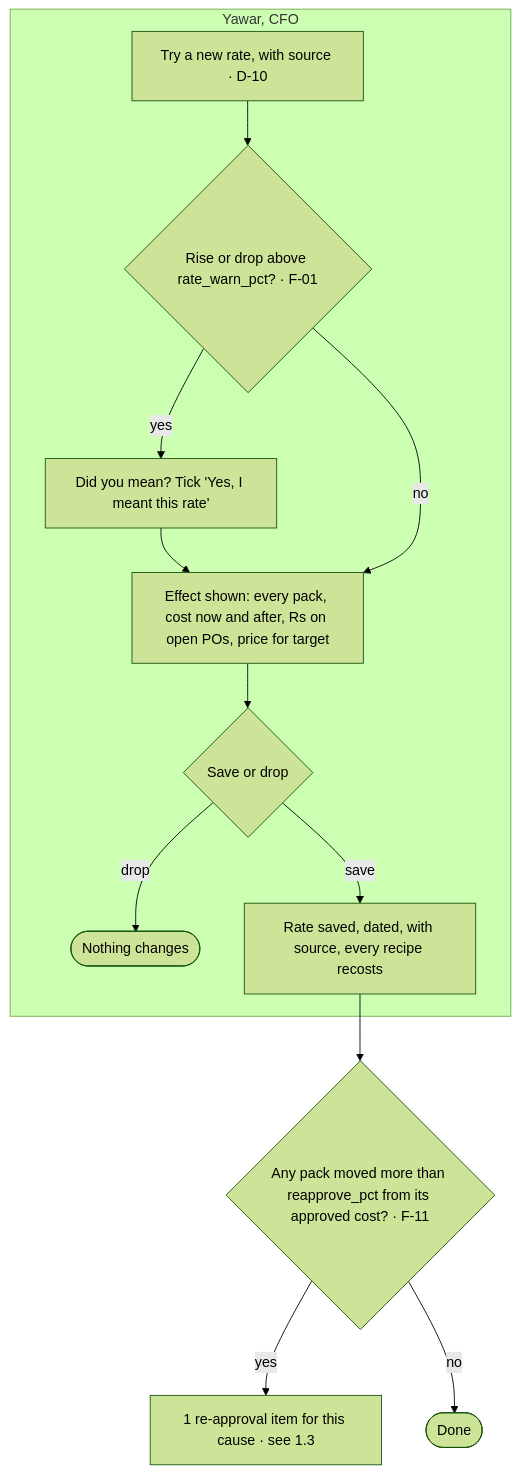
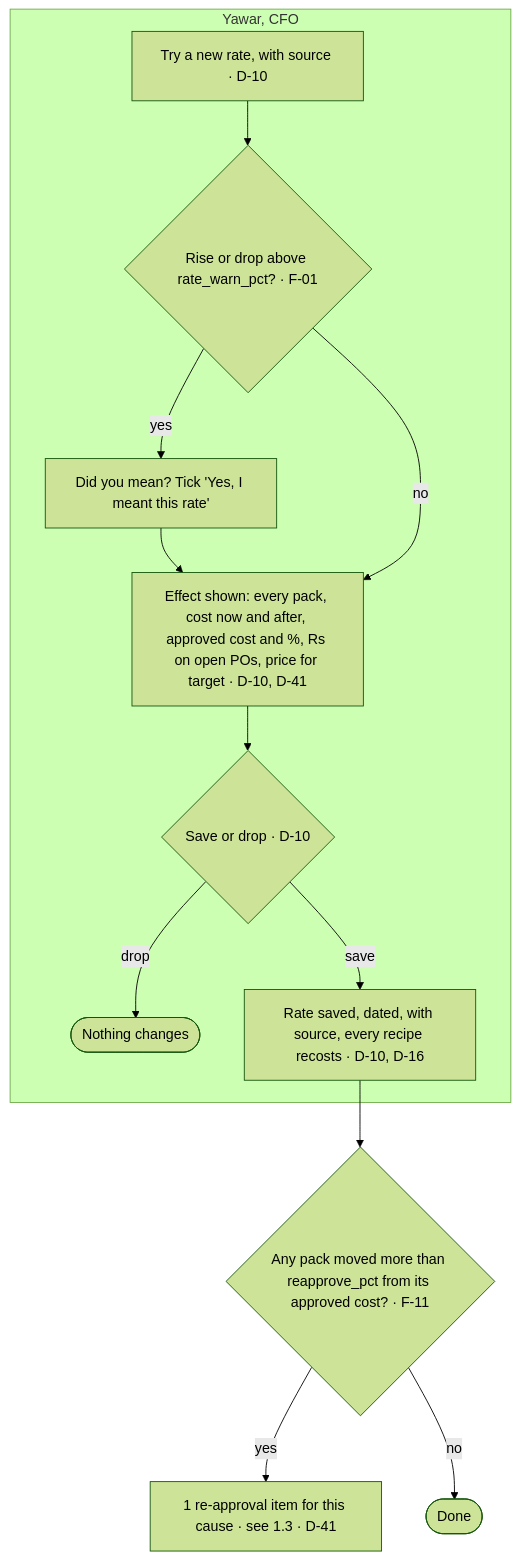
One commit to taabbas1947-eng/VAN-OP changed the second of 17 diagrams in apps/c2m/docs/01-process-flows.md. Above: the diagram before and after it, drawn with Mermaid (forest theme). The commit also changed other lines of this file and 18 other files, not shown here.

````diff
--- a/apps/c2m/docs/01-process-flows.md
+++ b/apps/c2m/docs/01-process-flows.md
@@ -49,14 +51,14 @@
 ```mermaid
 flowchart TB
   subgraph CFO [Yawar, CFO]
     A[Try a new rate, with source · D-10] --> B{Rise or drop above rate_warn_pct? · F-01}
     B -- yes --> W[Did you mean? Tick 'Yes, I meant this rate'] --> C
-    B -- no --> C[Effect shown: every pack, cost now and after, Rs on open POs, price for target]
-    C --> D{Save or drop}
+    B -- no --> C[Effect shown: every pack, cost now and after, approved cost and %, Rs on open POs, price for target · D-10, D-41]
+    C --> D{Save or drop · D-10}
     D -- drop --> X([Nothing changes])
-    D -- save --> E[Rate saved, dated, with source, every recipe recosts]
+    D -- save --> E[Rate saved, dated, with source, every recipe recosts · D-10, D-16]
   end
   E --> F{Any pack moved more than reapprove_pct from its approved cost? · F-11}
-  F -- yes --> G[1 re-approval item for this cause · see 1.3]
+  F -- yes --> G[1 re-approval item for this cause · see 1.3 · D-41]
   F -- no --> Y([Done])
 ```
````
